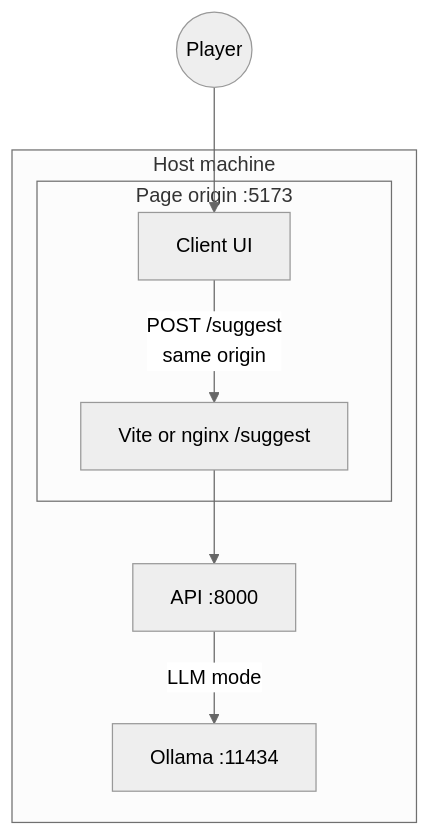
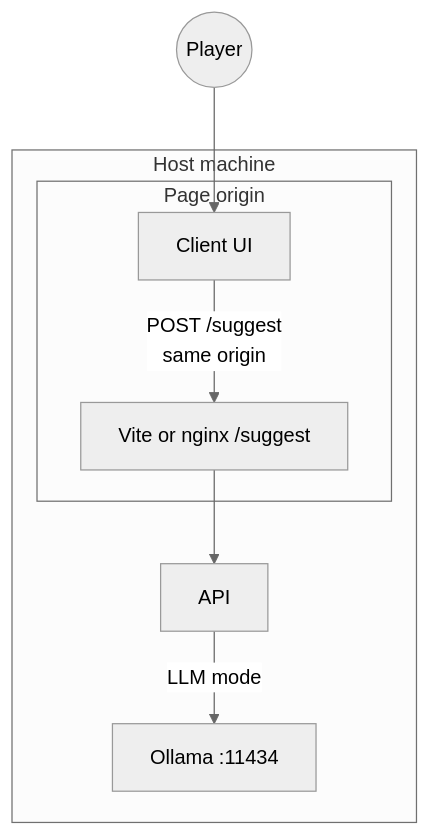
Before and after one commit to christycty/game-2048: the first of 3 diagrams in docs/architecture.md, drawn with Mermaid (neutral theme). The commit also changed other lines of this file and 15 other files, not shown here.

````diff
--- a/docs/architecture.md
+++ b/docs/architecture.md
@@ -7,15 +7,15 @@
 ```mermaid
 flowchart TB
   subgraph host [Host machine]
     Ollama[Ollama :11434]
-    subgraph edge [Page origin :5173]
+    subgraph edge [Page origin]
       Client[Client UI]
       Proxy[Vite or nginx /suggest]
     end
-    API[API :8000]
+    API[API]
   end
   Player((Player)) --> Client
   Client -->|"POST /suggest<br/>same origin"| Proxy
   Proxy --> API
   API -->|"LLM mode"| Ollama
 ```
````
